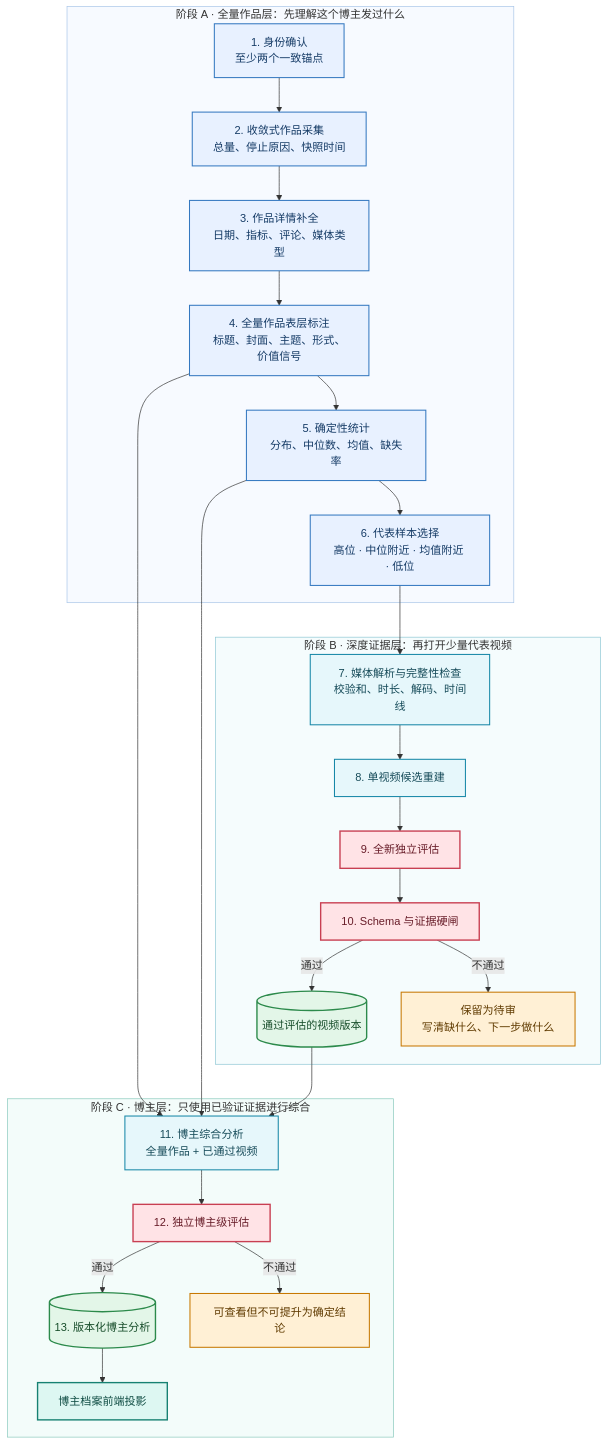
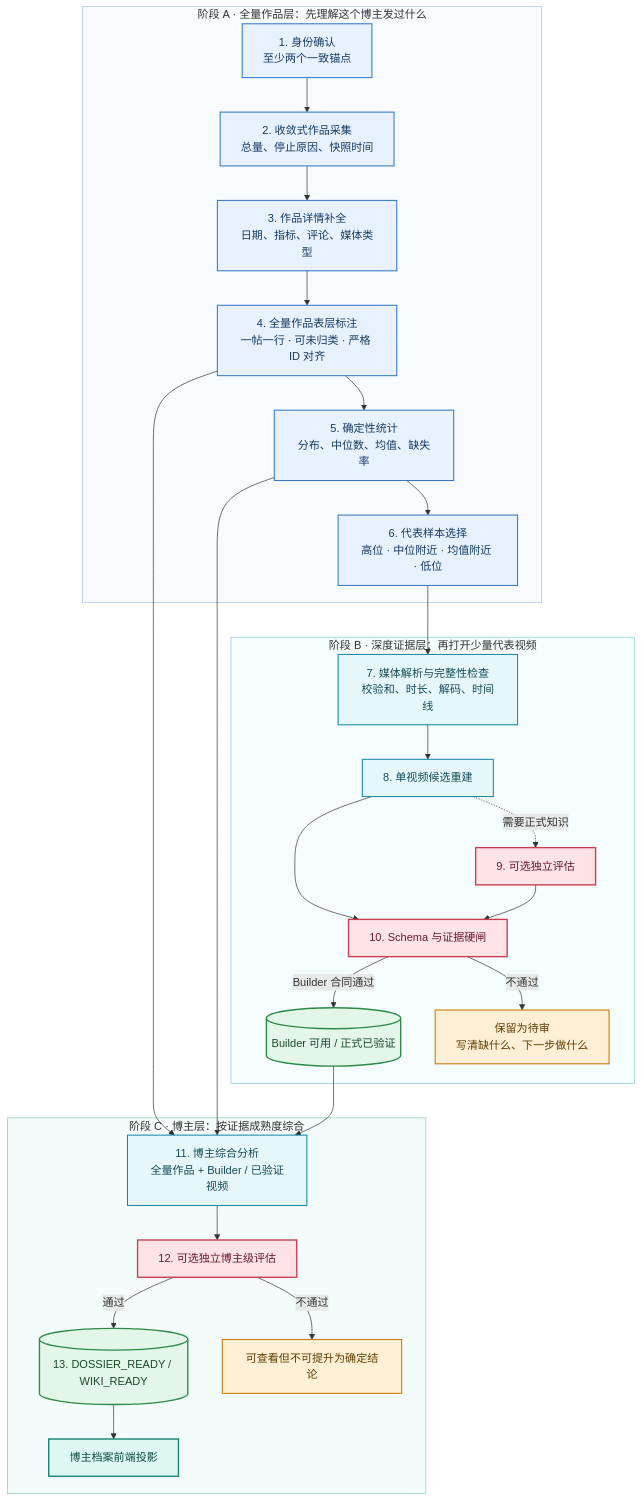
One commit to cyl19970726/self-media-content-intelligence changed the third of 6 diagrams in docs/architecture/creator-research-pipeline.md. Above: the diagram before and after it, drawn with Mermaid. The commit also changed other lines of this file and 46 other files, not shown here.

````diff
--- a/docs/architecture/creator-research-pipeline.md
+++ b/docs/architecture/creator-research-pipeline.md
@@ -125,54 +127,55 @@
 ```mermaid
 flowchart TB
     subgraph FULL["阶段 A · 全量作品层：先理解这个博主发过什么"]
         A1["1. 身份确认<br/>至少两个一致锚点"]
         A2["2. 收敛式作品采集<br/>总量、停止原因、快照时间"]
         A3["3. 作品详情补全<br/>日期、指标、评论、媒体类型"]
-        A4["4. 全量作品表层标注<br/>标题、封面、主题、形式、价值信号"]
+        A4["4. 全量作品表层标注<br/>一帖一行 · 可未归类 · 严格 ID 对齐"]
         A5["5. 确定性统计<br/>分布、中位数、均值、缺失率"]
         A6["6. 代表样本选择<br/>高位 · 中位附近 · 均值附近 · 低位"]
         A1 --> A2 --> A3 --> A4 --> A5 --> A6
     end
 
     subgraph DEEP["阶段 B · 深度证据层：再打开少量代表视频"]
         B1["7. 媒体解析与完整性检查<br/>校验和、时长、解码、时间线"]
         B2["8. 单视频候选重建"]
-        B3["9. 全新独立评估"]
+        B3["9. 可选独立评估"]
         B4["10. Schema 与证据硬闸"]
-        B5[("通过评估的视频版本")]
-        B1 --> B2 --> B3 --> B4 -->|"通过"| B5
+        B5[("Builder 可用 / 正式已验证")]
+        B1 --> B2 --> B4 -->|"Builder 合同通过"| B5
+        B2 -."需要正式知识".-> B3 --> B4
         B4 -->|"不通过"| REVIEW["保留为待审<br/>写清缺什么、下一步做什么"]
     end
 
-    subgraph SYNTHESIS["阶段 C · 博主层：只使用已验证证据进行综合"]
-        C1["11. 博主综合分析<br/>全量作品 + 已通过视频"]
-        C2["12. 独立博主级评估"]
-        C3[("13. 版本化博主分析")]
+    subgraph SYNTHESIS["阶段 C · 博主层：按证据成熟度综合"]
+        C1["11. 博主综合分析<br/>全量作品 + Builder / 已验证视频"]
+        C2["12. 可选独立博主级评估"]
+        C3[("13. DOSSIER_READY / WIKI_READY")]
         C4["博主档案前端投影"]
         C1 --> C2 -->|"通过"| C3 --> C4
         C2 -->|"不通过"| REVIEW2["可查看但不可提升为确定结论"]
     end
 
     A6 --> B1
     A4 --> C1
     A5 --> C1
     B5 --> C1
 
     classDef full fill:#E8F1FF,stroke:#3478C0,color:#153B66,stroke-width:1.5px;
     classDef deep fill:#E6F7FB,stroke:#1687A7,color:#164B59,stroke-width:1.5px;
     classDef gate fill:#FFE3E6,stroke:#C83F52,color:#681D29,stroke-width:2px;
     classDef evidence fill:#E3F6E8,stroke:#2C8A4B,color:#174D2A,stroke-width:2px;
     classDef warning fill:#FFF0D5,stroke:#C77800,color:#603B00,stroke-width:1.5px;
     classDef product fill:#DDF7F2,stroke:#168172,color:#104D44,stroke-width:2px;
 
     class A1,A2,A3,A4,A5,A6 full;
     class B1,B2,C1 deep;
     class B3,B4,C2 gate;
     class B5,C3 evidence;
     class REVIEW,REVIEW2 warning;
     class C4 product;
 
     style FULL fill:#F7FAFF,stroke:#A9C6E8,stroke-width:1px
     style DEEP fill:#F5FCFD,stroke:#8FC7D4,stroke-width:1px
     style SYNTHESIS fill:#F3FCFA,stroke:#89C9BD,stroke-width:1px
 ```
````
